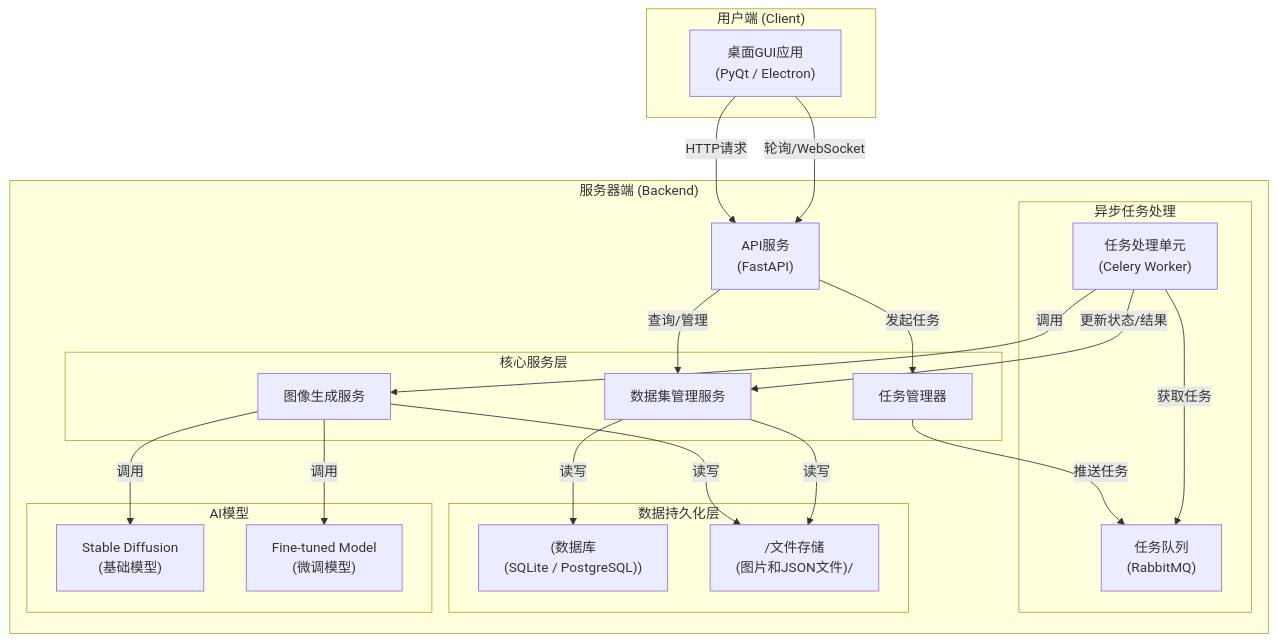
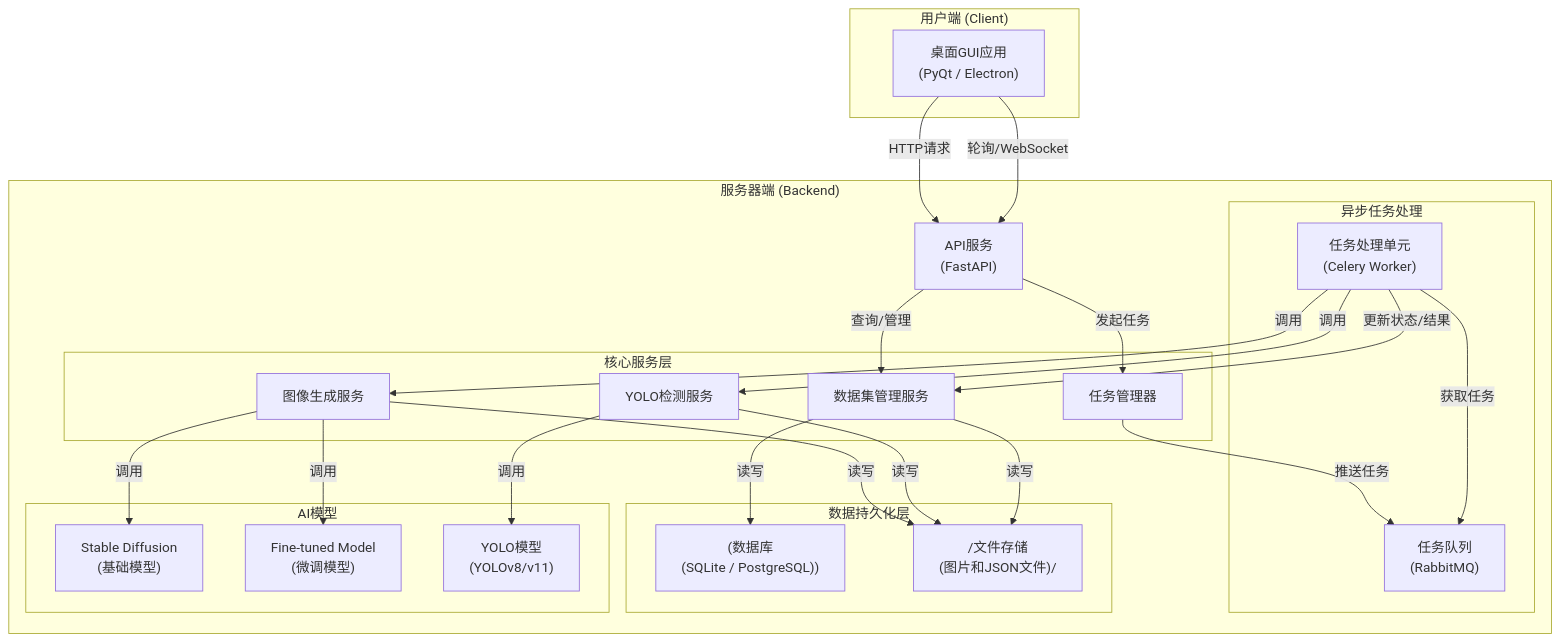
The first of 2 diagrams in docs/项目架构与开发计划.md (makaixindalao/pic_gen_tool_v2), drawn with Mermaid before and after one commit. The commit also changed other lines of this file and 3 other files, not shown here.

````diff
--- a/docs/项目架构与开发计划.md
+++ b/docs/项目架构与开发计划.md
@@ -29,42 +29,47 @@
 ```mermaid
 graph TD
     subgraph "用户端 (Client)"
         GUI["桌面GUI应用<br/>(PyQt / Electron)"]
     end
 
     subgraph "服务器端 (Backend)"
         API["API服务<br/>(FastAPI)"]
         subgraph "核心服务层"
             TaskMan[任务管理器]
             DataMan[数据集管理服务]
             GenSrv[图像生成服务]
+            YOLOSrv[YOLO检测服务]
         end
         subgraph "异步任务处理"
             Worker["任务处理单元<br/>(Celery Worker)"]
             Queue["任务队列<br/>(RabbitMQ)"]
         end
         subgraph "数据持久化层"
             DB["(数据库<br/>(SQLite / PostgreSQL))"]
             FS["/文件存储<br/>(图片和JSON文件)/"]
         end
         subgraph "AI模型"
             SD["Stable Diffusion<br/>(基础模型)"]
             FTM["Fine-tuned Model<br/>(微调模型)"]
+            YOLO["YOLO模型<br/>(YOLOv8/v11)"]
         end
     end
 
     %% 交互流程
     GUI -- HTTP请求 --> API
     API -- 发起任务 --> TaskMan
     TaskMan -- 推送任务 --> Queue
     Worker -- 获取任务 --> Queue
     Worker -- 调用 --> GenSrv
+    Worker -- 调用 --> YOLOSrv
     GenSrv -- 调用 --> SD
     GenSrv -- 调用 --> FTM
+    YOLOSrv -- 调用 --> YOLO
     GenSrv -- 读写 --> FS
+    YOLOSrv -- 读写 --> FS
     Worker -- 更新状态/结果 --> DataMan
     DataMan -- 读写 --> DB
     DataMan -- 读写 --> FS
     API -- 查询/管理 --> DataMan
     GUI -- 轮询/WebSocket --> API
 ```
````
